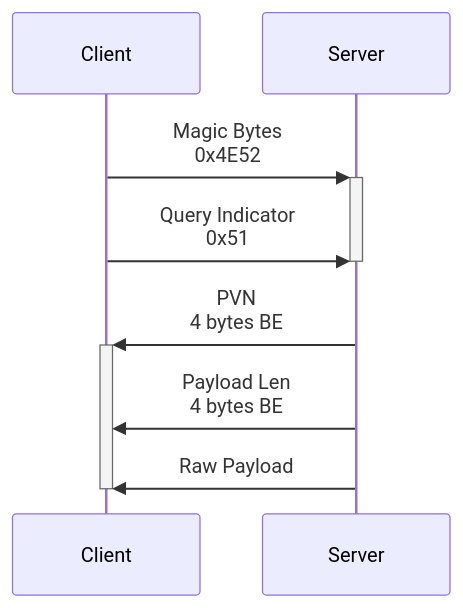
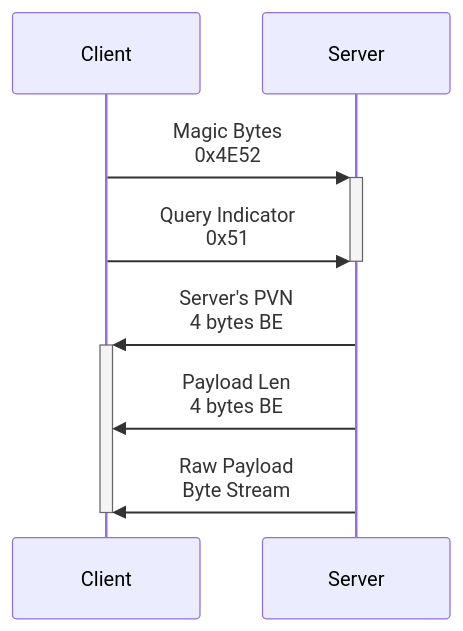
One commit to inertya/spec changed the diagram in src/common/queries.md. Above: the diagram before and after it, drawn with Mermaid. The commit also changed other lines of this file and 2 other files, not shown here.

Commit message:
diagramming

````diff
--- a/src/common/queries.md
+++ b/src/common/queries.md
@@ -36,13 +37,13 @@
 ```mermaid
 sequenceDiagram
     participant  C as Client
     participant S as Server
 
     C->>+S: Magic Bytes<br>0x4E52
     C->>S: Query Indicator<br>0x51
     deactivate S
-    S->>+C: PVN<br>4 bytes BE
+    S->>+C: Server's PVN<br>4 bytes BE
     S->>C: Payload Len<br>4 bytes BE
-    S->>C: Raw Payload
+    S->>C: Raw Payload<br>Byte Stream
     deactivate C
 ```
````
